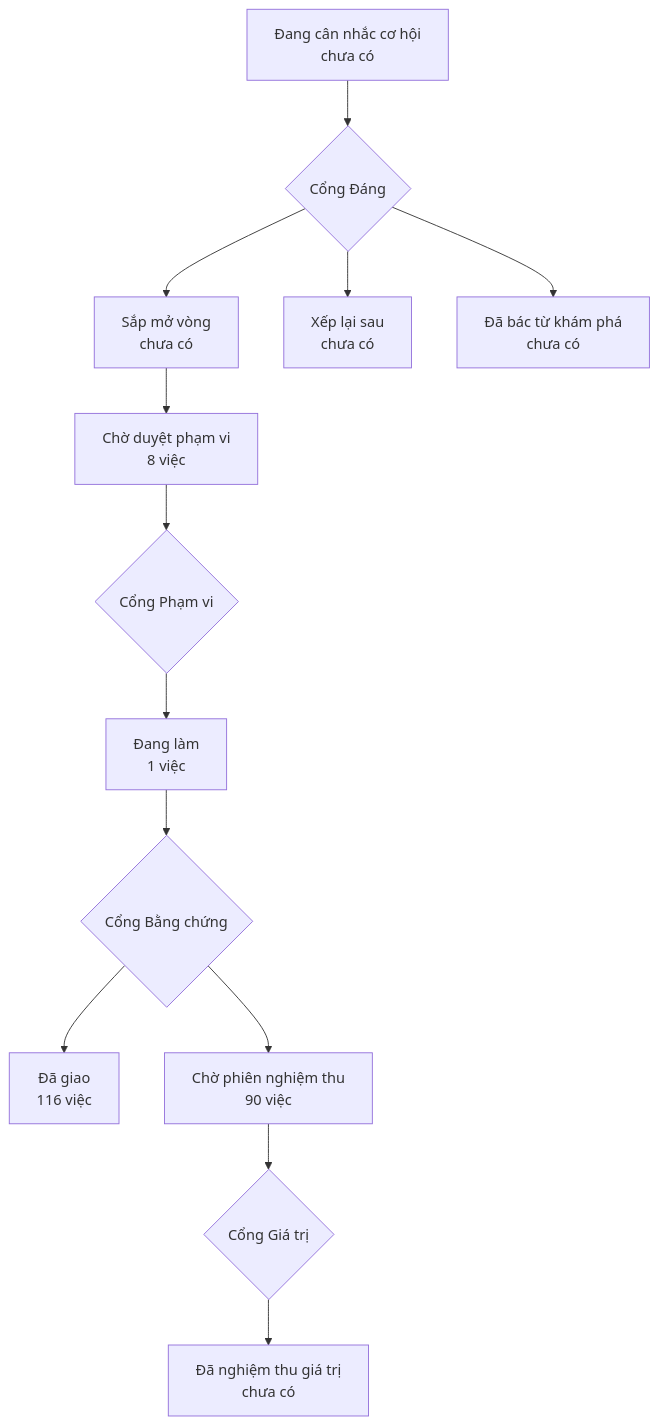
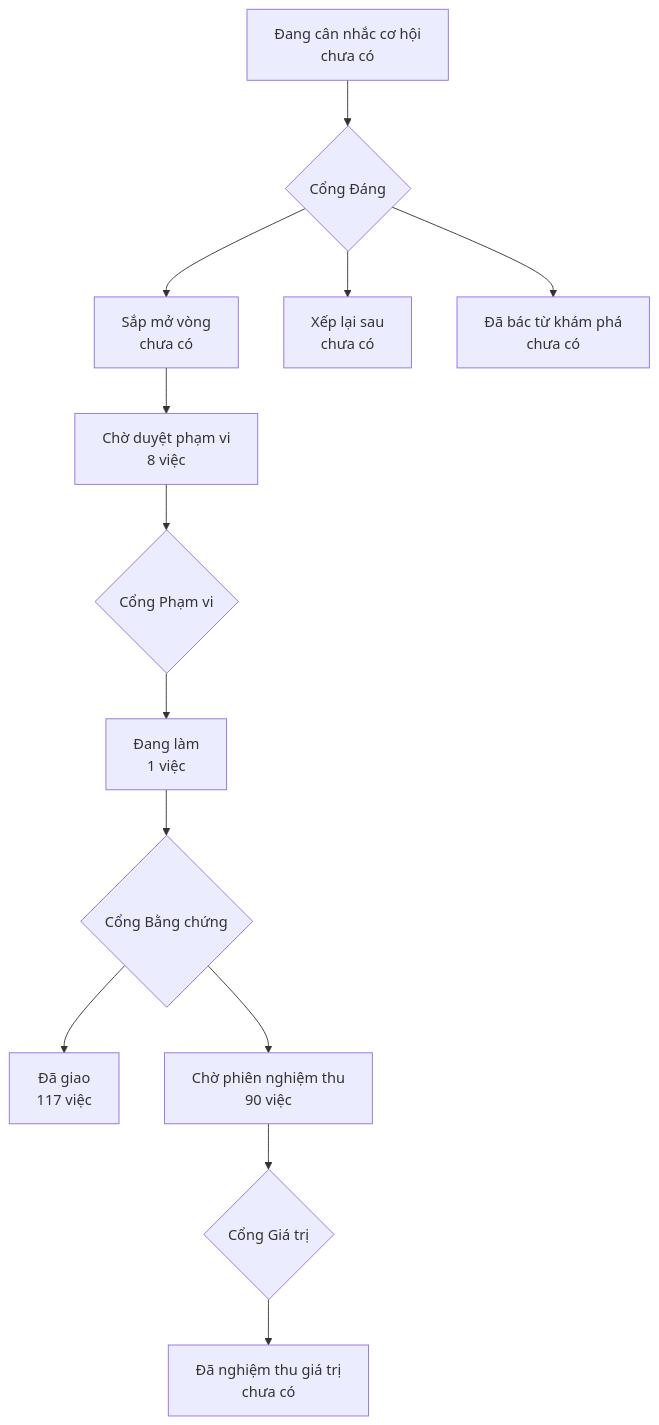
The diagram in PRODUCT-MAP.md (phanlemanh/onehub-invest), drawn with Mermaid before and after one commit. The commit also changed other lines of this file and 5 other files, not shown here.

````diff
--- a/PRODUCT-MAP.md
+++ b/PRODUCT-MAP.md
@@ -7,12 +7,12 @@
 ```mermaid
 flowchart TD
   A["Đang cân nhắc cơ hội<br/>chưa có"] --> GD{"Cổng Đáng"}
   GD --> B["Sắp mở vòng<br/>chưa có"]
   GD --> XL["Xếp lại sau<br/>chưa có"]
   GD --> DB["Đã bác từ khám phá<br/>chưa có"]
   B --> CD["Chờ duyệt phạm vi<br/>8 việc"] --> GP{"Cổng Phạm vi"}
   GP --> DL["Đang làm<br/>1 việc"] --> GB{"Cổng Bằng chứng"}
-  GB --> DG["Đã giao<br/>116 việc"]
+  GB --> DG["Đã giao<br/>117 việc"]
   GB --> CN["Chờ phiên nghiệm thu<br/>90 việc"] --> GG{"Cổng Giá trị"}
   GG --> NT["Đã nghiệm thu giá trị<br/>chưa có"]
 ```
````
